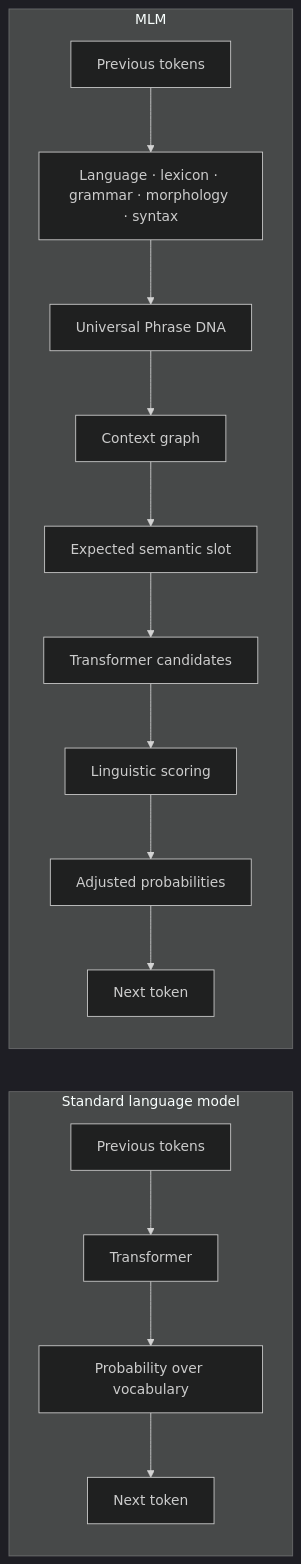
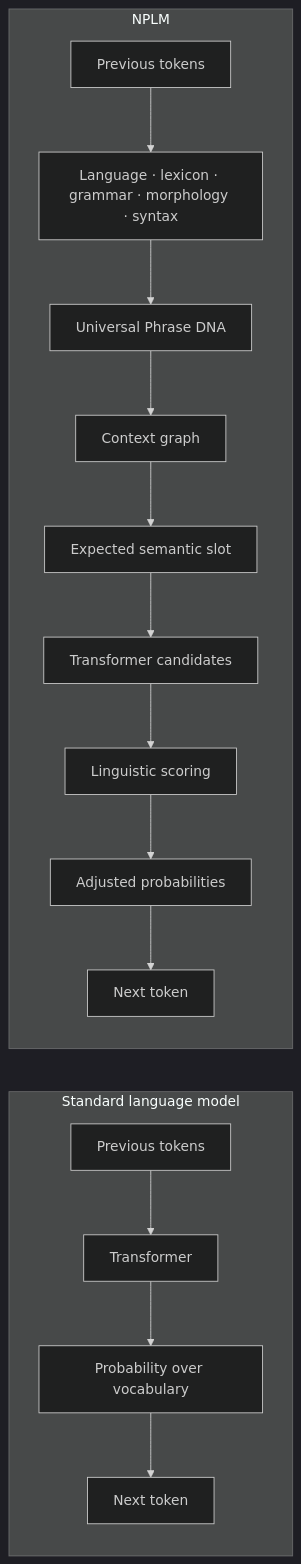
The first of 3 diagrams in README.md (Sherlock2019/NPLM-Next-Phrase-language-model-), drawn with Mermaid (dark theme) before and after one commit. The commit also changed other lines of this file and 11 other files, not shown here.

````diff
--- a/README.md
+++ b/README.md
@@ -36,18 +103,18 @@
 ```mermaid
 flowchart LR
   subgraph base["Standard language model"]
     direction TB
     b1[Previous tokens] --> b2[Transformer] --> b3[Probability over vocabulary] --> b4[Next token]
   end
 
-  subgraph splm["MLM"]
+  subgraph splm["NPLM"]
     direction TB
     s1[Previous tokens] --> s2[Language · lexicon · grammar · morphology · syntax]
     s2 --> s3[Universal Phrase DNA]
     s3 --> s4[Context graph]
     s4 --> s5[Expected semantic slot]
     s5 --> s6[Transformer candidates]
     s6 --> s7[Linguistic scoring]
     s7 --> s8[Adjusted probabilities] --> s9[Next token]
   end
 ```
````
